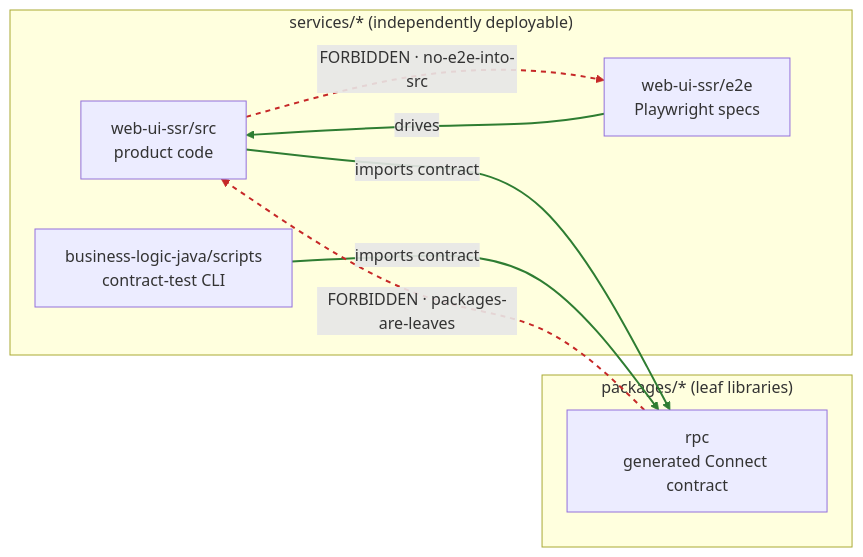
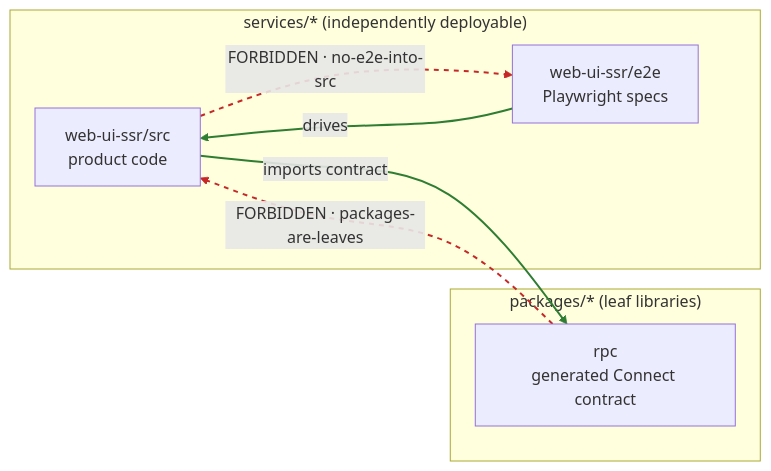
One commit to DEliasVCruz/web_ui_ssr_experiment changed the diagram in docs/architecture-boundaries.md. Above: the diagram before and after it, drawn with Mermaid. The commit also changed other lines of this file and 8 other files, not shown here.

First line of the commit message:
chore(contract-test): retire the Bun connect-contract-test in favor of the *IT suite

````diff
--- a/docs/architecture-boundaries.md
+++ b/docs/architecture-boundaries.md
@@ -89,21 +89,19 @@
 ```mermaid
 flowchart LR
   subgraph services["services/*  (independently deployable)"]
     ssr["web-ui-ssr/src<br/>product code"]
     e2e["web-ui-ssr/e2e<br/>Playwright specs"]
-    jscript["business-logic-java/scripts<br/>contract-test CLI"]
   end
   subgraph packages["packages/*  (leaf libraries)"]
     rpc["rpc<br/>generated Connect contract"]
   end
 
   ssr -->|imports contract| rpc
-  jscript -->|imports contract| rpc
   e2e -->|drives| ssr
 
   ssr -. "FORBIDDEN&nbsp;·&nbsp;no-e2e-into-src" .-> e2e
   rpc -. "FORBIDDEN&nbsp;·&nbsp;packages-are-leaves" .-> ssr
 
-  linkStyle 0,1,2 stroke:#2e7d32,stroke-width:2px
-  linkStyle 3,4 stroke:#c62828,stroke-width:2px,stroke-dasharray:5 5
+  linkStyle 0,1 stroke:#2e7d32,stroke-width:2px
+  linkStyle 2,3 stroke:#c62828,stroke-width:2px,stroke-dasharray:5 5
 ```
````
